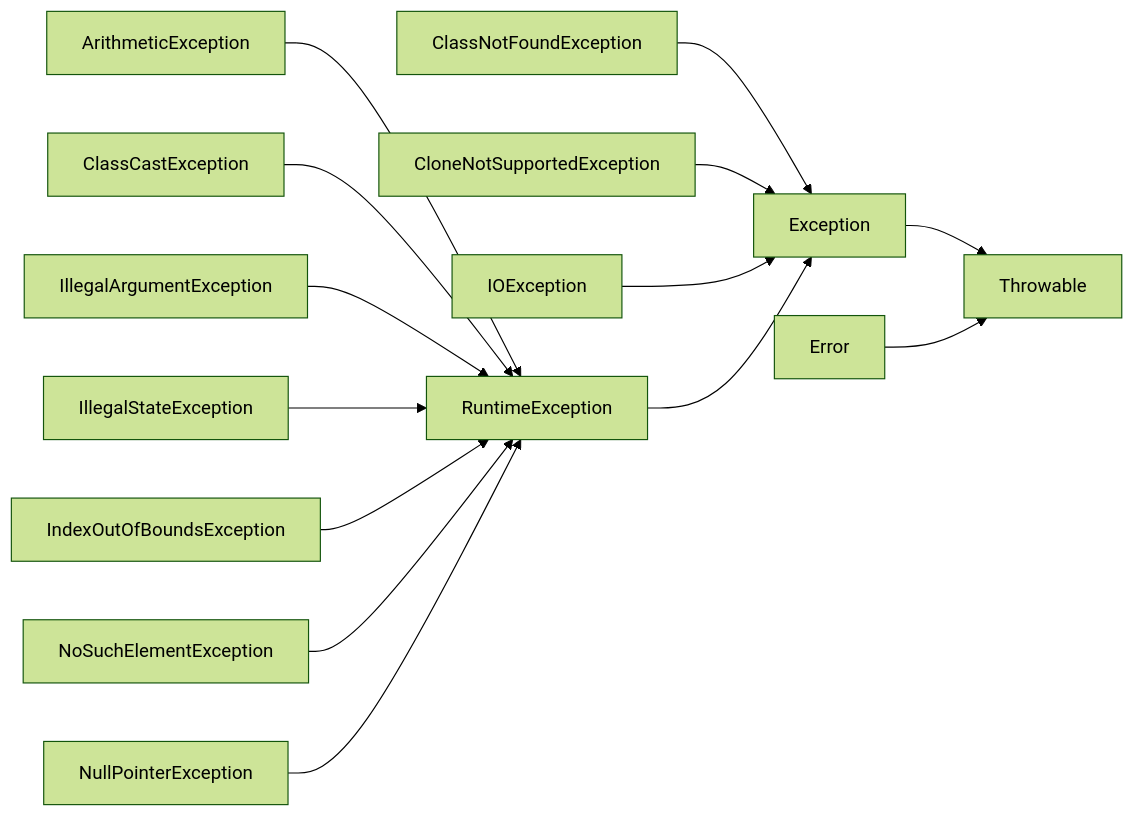
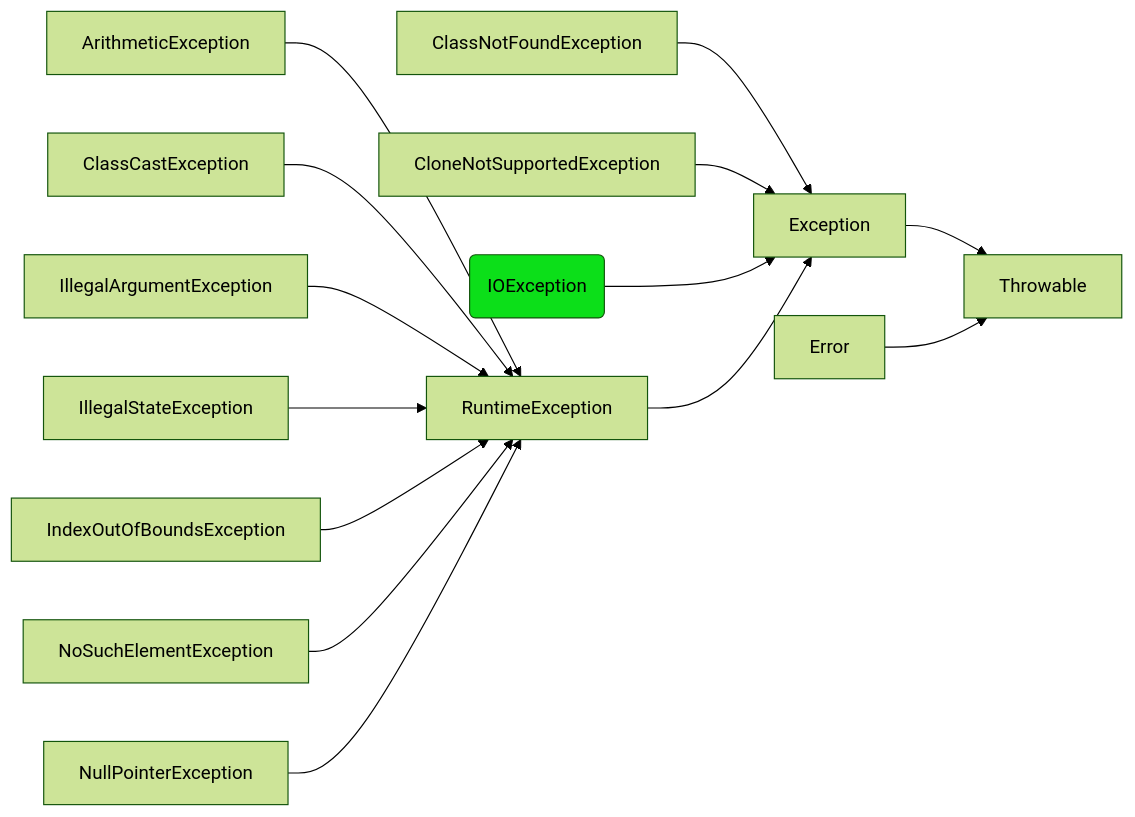
Before and after one commit to zxc2012/PAT_Code: the second of 2 diagrams in docs/C++/Java_exception.md, drawn with Mermaid (forest theme). The commit also changed other lines of this file, not shown here.

````diff
--- a/docs/C++/Java_exception.md
+++ b/docs/C++/Java_exception.md
@@ -83,16 +94,17 @@
 ```mermaid
 graph LR;
 	ArithmeticException-->RuntimeException;
 	ClassCastException-->RuntimeException;
 	IllegalArgumentException-->RuntimeException;
 	IllegalStateException-->RuntimeException;
 	IndexOutOfBoundsException-->RuntimeException;
 	NoSuchElementException-->RuntimeException;
 	NullPointerException-->RuntimeException;
 	ClassNotFoundException-->Exception;
 	CloneNotSupportedException-->Exception;
-	IOException-->Exception;
+	id1(IOException)-->Exception;
     RuntimeException-->Exception;
     Exception-->Throwable;
     Error-->Throwable;
+	style id1 fill:#0cdf19
 ```
````
